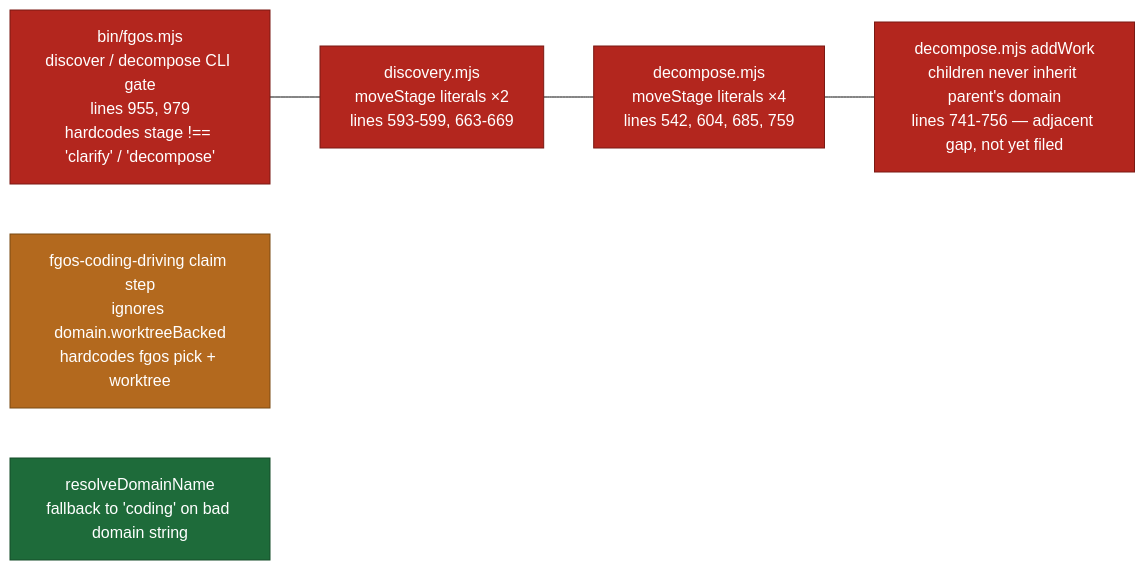
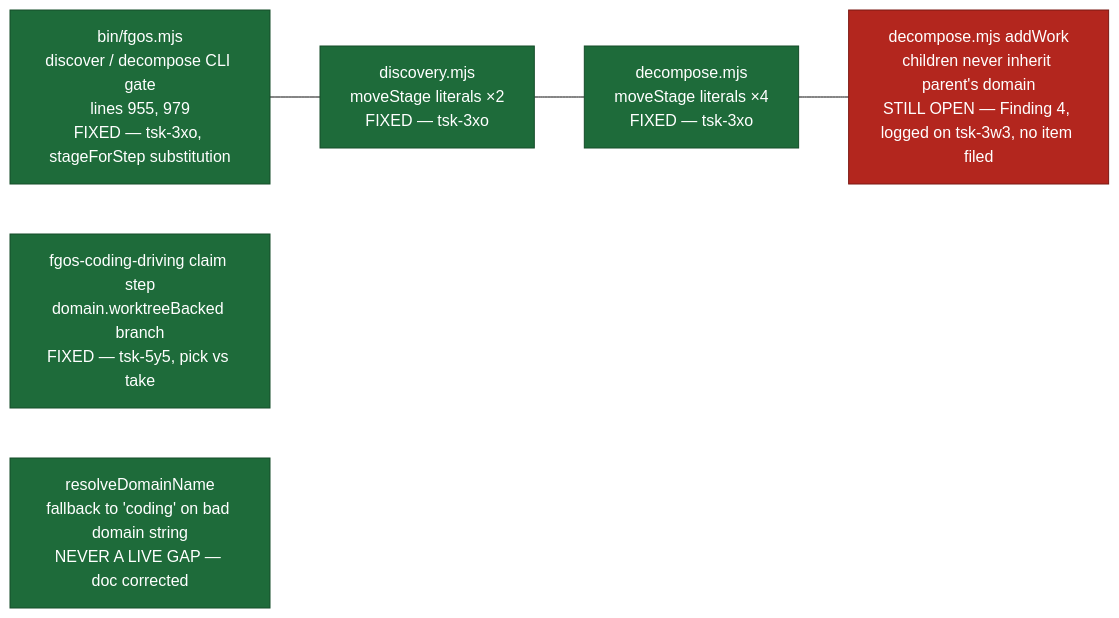
The fifth of 5 diagrams in plans/reports/internal-research-260804-1230-routing-coding-driving-domain-gap-plan-report.md (vantt/forgent), drawn with Mermaid (base theme) before and after one commit. The commit also changed other lines of this file and 2 other files, not shown here.

First line of the commit message:
docs(tsk-3w3): close out gap-plan report, log Finding 4, add stage/status rejection report

````diff
--- a/plans/reports/internal-research-260804-1230-routing-coding-driving-domain-gap-plan-report.md
+++ b/plans/reports/internal-research-260804-1230-routing-coding-driving-domain-gap-plan-report.md
@@ -415,15 +445,14 @@
 ```mermaid
 flowchart LR
   classDef bug fill:#b3261e,stroke:#7a1913,color:#fff
-  classDef judgment fill:#b3691e,stroke:#7a4a13,color:#fff
   classDef fixed fill:#1e6b3a,stroke:#144d29,color:#fff
 
-  CLI["bin/fgos.mjs<br/>discover / decompose CLI gate<br/>lines 955, 979<br/>hardcodes stage !== 'clarify' / 'decompose'"]:::bug
-  DISC["discovery.mjs<br/>moveStage literals ×2<br/>lines 593-599, 663-669"]:::bug
-  DEC["decompose.mjs<br/>moveStage literals ×4<br/>lines 542, 604, 685, 759"]:::bug
-  CHILD["decompose.mjs addWork<br/>children never inherit parent's domain<br/>lines 741-756 — adjacent gap, not yet filed"]:::bug
-  CLAIMSTEP["fgos-coding-driving claim step<br/>ignores domain.worktreeBacked<br/>hardcodes fgos pick + worktree"]:::judgment
-  RESOLVE["resolveDomainName<br/>fallback to 'coding' on bad domain string"]:::fixed
+  CLI["bin/fgos.mjs<br/>discover / decompose CLI gate<br/>lines 955, 979<br/>FIXED — tsk-3xo, stageForStep substitution"]:::fixed
+  DISC["discovery.mjs<br/>moveStage literals ×2<br/>FIXED — tsk-3xo"]:::fixed
+  DEC["decompose.mjs<br/>moveStage literals ×4<br/>FIXED — tsk-3xo"]:::fixed
+  CHILD["decompose.mjs addWork<br/>children never inherit parent's domain<br/>STILL OPEN — Finding 4, logged on tsk-3w3, no item filed"]:::bug
+  CLAIMSTEP["fgos-coding-driving claim step<br/>domain.worktreeBacked branch<br/>FIXED — tsk-5y5, pick vs take"]:::fixed
+  RESOLVE["resolveDomainName<br/>fallback to 'coding' on bad domain string<br/>NEVER A LIVE GAP — doc corrected"]:::fixed
 
   CLI --- DISC --- DEC --- CHILD
 ```
````
